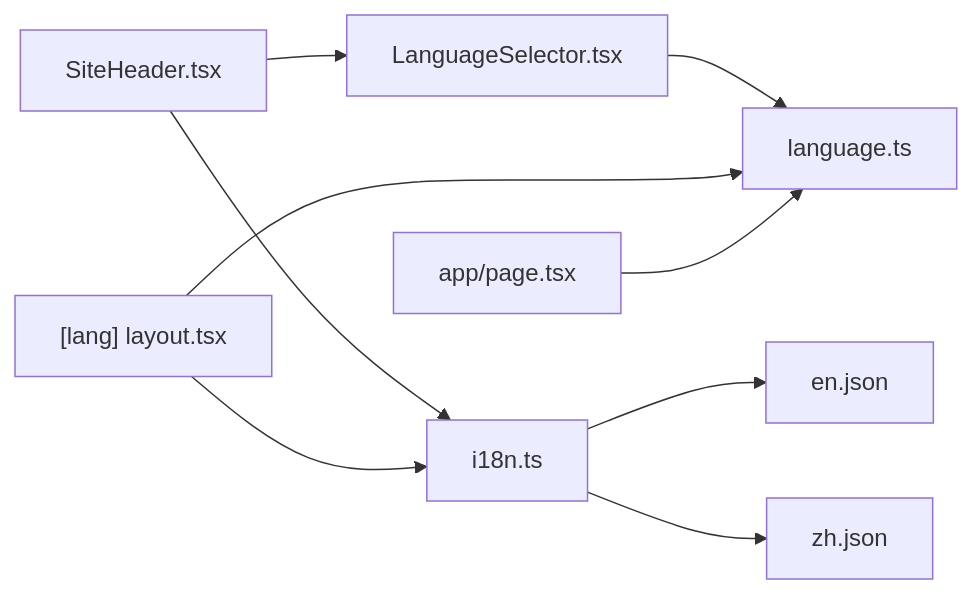
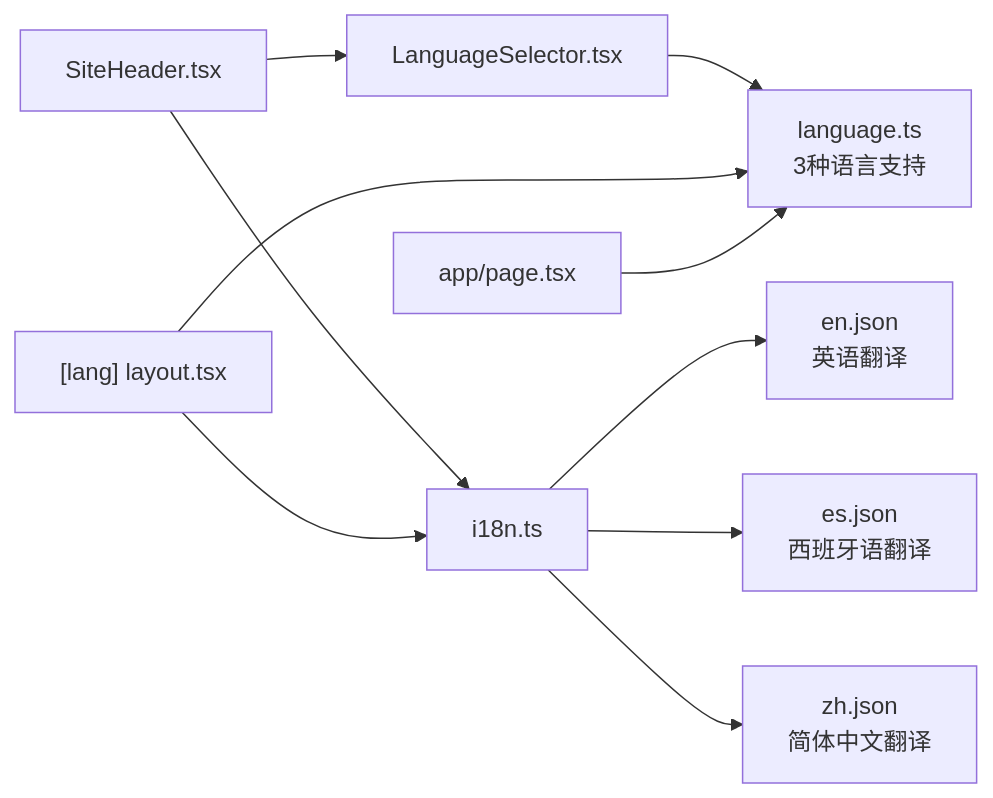
The fourth of 4 diagrams in .qoder/repowiki/zh/content/前端组件/语言选择器组件.md (pnnh/weable), drawn with Mermaid before and after one commit. The commit also changed other lines of this file and 138 other files, not shown here.

Commit message:
未登录时访问console跳转至signin页面 修复点击图片目录未正确跳转问题 实现图片批量删除功能 将上传页面改成造成轻量级队列，实现分部上传和重试功能（绕过worker限制）

````diff
--- a/.qoder/repowiki/zh/content/前端组件/语言选择器组件.md
+++ b/.qoder/repowiki/zh/content/前端组件/语言选择器组件.md
@@ -231,11 +239,12 @@
 ```mermaid
 graph LR
-LS["LanguageSelector.tsx"] --> LL["language.ts"]
+LS["LanguageSelector.tsx"] --> LL["language.ts<br/>3种语言支持"]
 SH["SiteHeader.tsx"] --> LS
 SH --> I18N["i18n.ts"]
 LYT["[lang] layout.tsx"] --> I18N
 LYT --> LL
 ROOT["app/page.tsx"] --> LL
-I18N --> EN["en.json"]
-I18N --> ZH["zh.json"]
+I18N --> EN["en.json<br/>英语翻译"]
+I18N --> ES["es.json<br/>西班牙语翻译"]
+I18N --> ZH["zh.json<br/>简体中文翻译"]
 ```
````
